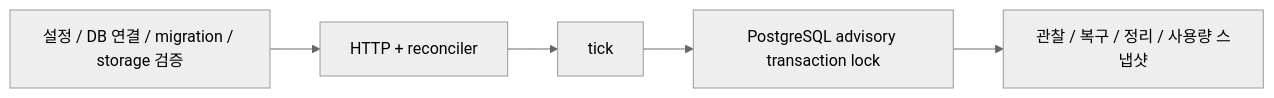
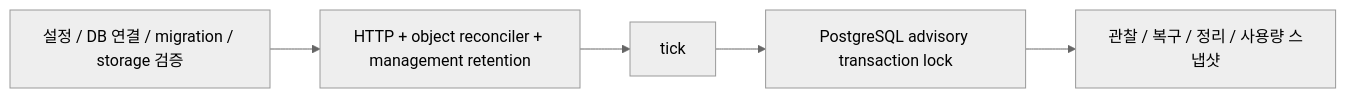
One commit to cagojeiger/grove-storage changed the diagram in docs/stack/README.md. Above: the diagram before and after it, drawn with Mermaid (neutral theme). The commit also changed other lines of this file and 313 other files, not shown here.

````diff
--- a/docs/stack/README.md
+++ b/docs/stack/README.md
@@ -79,7 +80,7 @@
 ```mermaid
 flowchart LR
-    Boot["설정 / DB 연결 / migration / storage 검증"] --> Run["HTTP + reconciler"]
+    Boot["설정 / DB 연결 / migration / storage 검증"] --> Run["HTTP + object reconciler + management retention"]
     Run --> Tick["tick"]
     Tick --> Lock["PostgreSQL advisory transaction lock"]
     Lock --> Jobs["관찰 / 복구 / 정리 / 사용량 스냅샷"]
 ```
````
